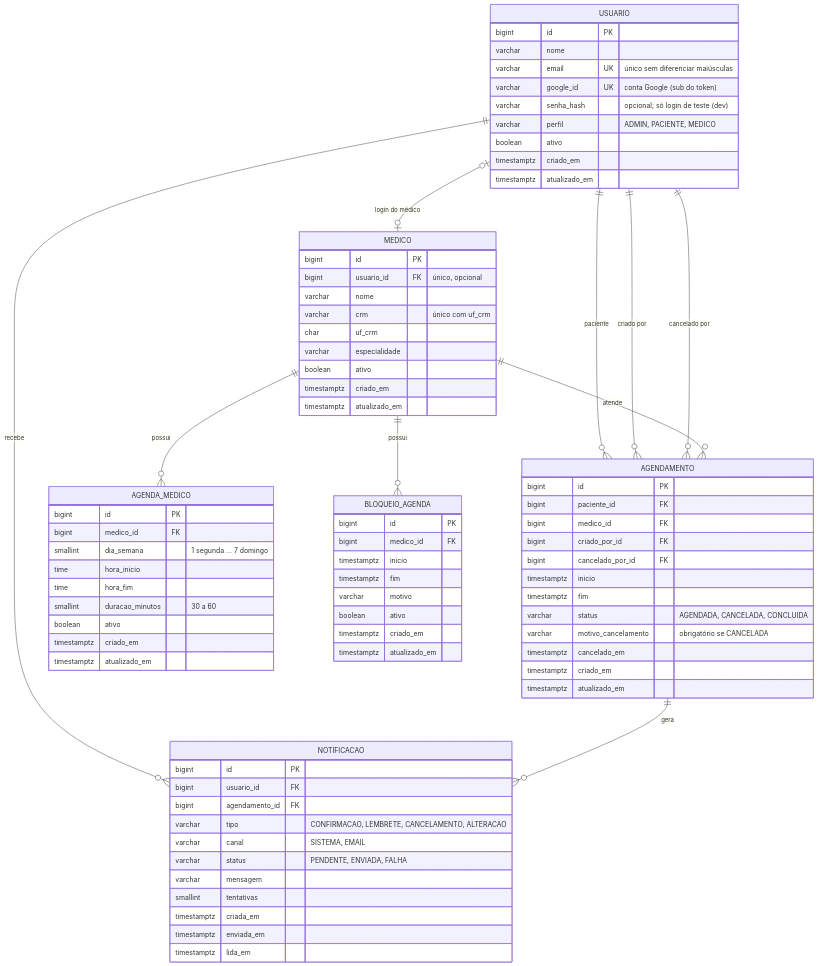
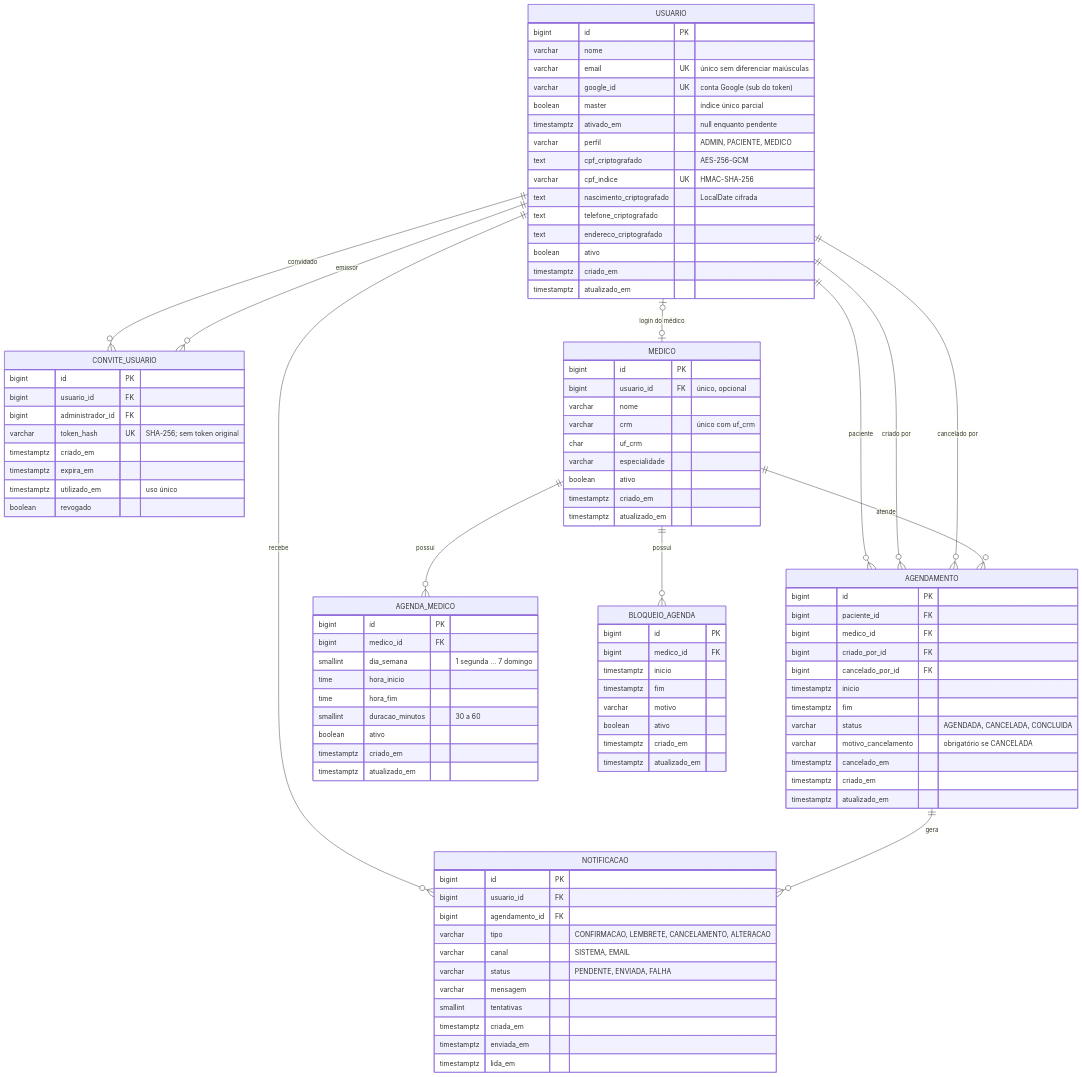
One commit to faculdade-ads-senai/agendamentos-sa-docs changed the diagram in banco-de-dados/MODELO_DADOS.md. Above: the diagram before and after it, drawn with Mermaid. The commit also changed other lines of this file and 13 other files, not shown here.

```diff
--- a/banco-de-dados/MODELO_DADOS.md
+++ b/banco-de-dados/MODELO_DADOS.md
@@ -60,6 +81,8 @@
     USUARIO ||--o{ AGENDAMENTO : "criado por"
     USUARIO ||--o{ AGENDAMENTO : "cancelado por"
     USUARIO ||--o{ NOTIFICACAO : recebe
+    USUARIO ||--o{ CONVITE_USUARIO : convidado
+    USUARIO ||--o{ CONVITE_USUARIO : emissor
     USUARIO |o--o| MEDICO : "login do médico"
     MEDICO ||--o{ AGENDA_MEDICO : possui
     MEDICO ||--o{ BLOQUEIO_AGENDA : possui
@@ -71,13 +94,29 @@
         varchar nome
         varchar email UK "único sem diferenciar maiúsculas"
         varchar google_id UK "conta Google (sub do token)"
-        varchar senha_hash "opcional; só login de teste (dev)"
+        boolean master "índice único parcial"
+        timestamptz ativado_em "null enquanto pendente"
         varchar perfil "ADMIN, PACIENTE, MEDICO"
+        text cpf_criptografado "AES-256-GCM"
+        varchar cpf_indice UK "HMAC-SHA-256"
+        text nascimento_criptografado "LocalDate cifrada"
+        text telefone_criptografado
+        text endereco_criptografado
         boolean ativo
         timestamptz criado_em
         timestamptz atualizado_em
     }
 
+    CONVITE_USUARIO {
+        bigint id PK
+        bigint usuario_id FK
+        bigint administrador_id FK
+        varchar token_hash UK "SHA-256; sem token original"
+        timestamptz criado_em
+        timestamptz expira_em
+        timestamptz utilizado_em "uso único"
+        boolean revogado
+    }
     MEDICO {
         bigint id PK
         bigint usuario_id FK "único, opcional"
```
